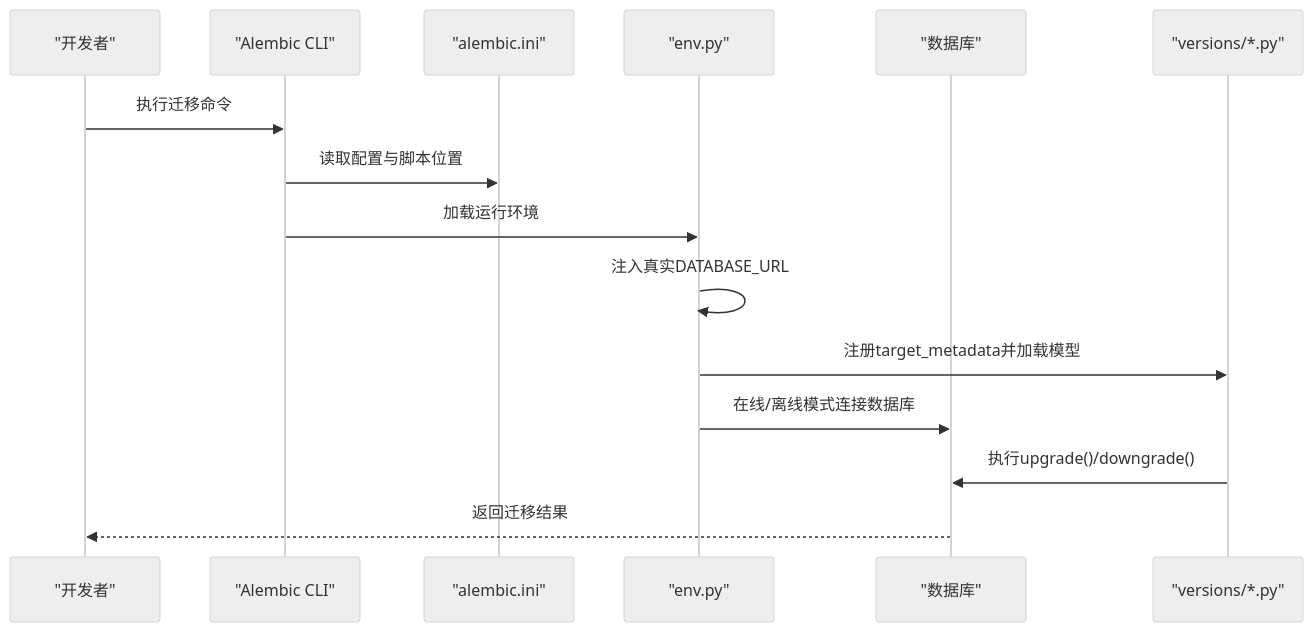
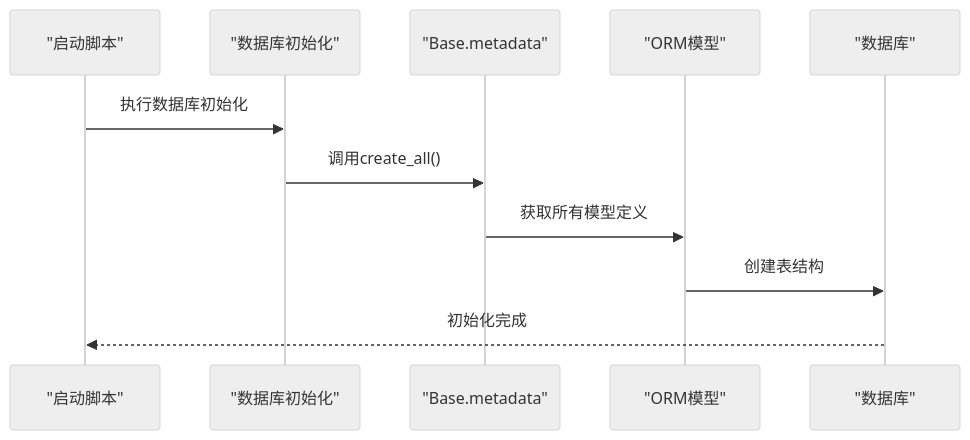
Before and after one commit to Miyuan2018/ruicheng-edu-system: the second of 3 diagrams in .qoder/repowiki/zh/content/数据库设计/数据库迁移管理.md, drawn with Mermaid (neutral theme). The commit also changed other lines of this file and 4 other files, not shown here.

````diff
--- a/.qoder/repowiki/zh/content/数据库设计/数据库迁移管理.md
+++ b/.qoder/repowiki/zh/content/数据库设计/数据库迁移管理.md
@@ -94,17 +113,13 @@
 ```mermaid
 sequenceDiagram
-participant Dev as "开发者"
-participant CLI as "Alembic CLI"
-participant Cfg as "alembic.ini"
-participant Env as "env.py"
+participant Start as "启动脚本"
+participant DBInit as "数据库初始化"
+participant Base as "Base.metadata"
+participant Models as "ORM模型"
 participant DB as "数据库"
-participant Ver as "versions/*.py"
-Dev->>CLI : 执行迁移命令
-CLI->>Cfg : 读取配置与脚本位置
-CLI->>Env : 加载运行环境
-Env->>Env : 注入真实DATABASE_URL
-Env->>Ver : 注册target_metadata并加载模型
-Env->>DB : 在线/离线模式连接数据库
-Ver->>DB : 执行upgrade()/downgrade()
-DB-->>Dev : 返回迁移结果
+Start->>DBInit : 执行数据库初始化
+DBInit->>Base : 调用create_all()
+Base->>Models : 获取所有模型定义
+Models->>DB : 创建表结构
+DB-->>Start : 初始化完成
 ```
````
